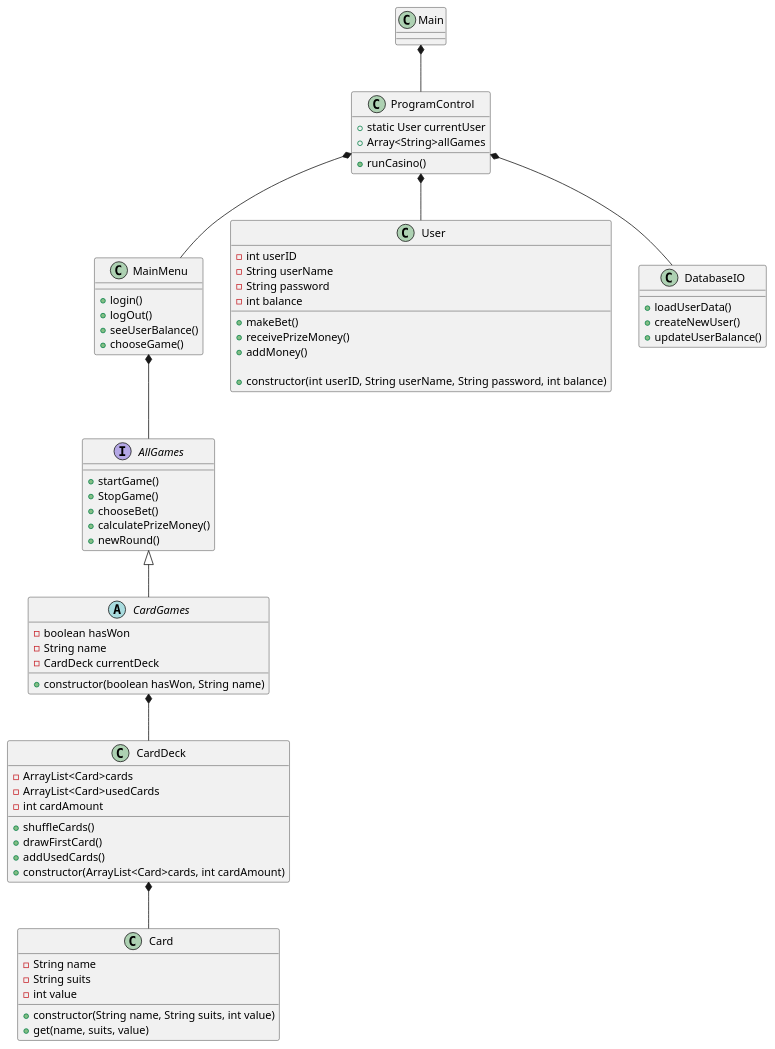
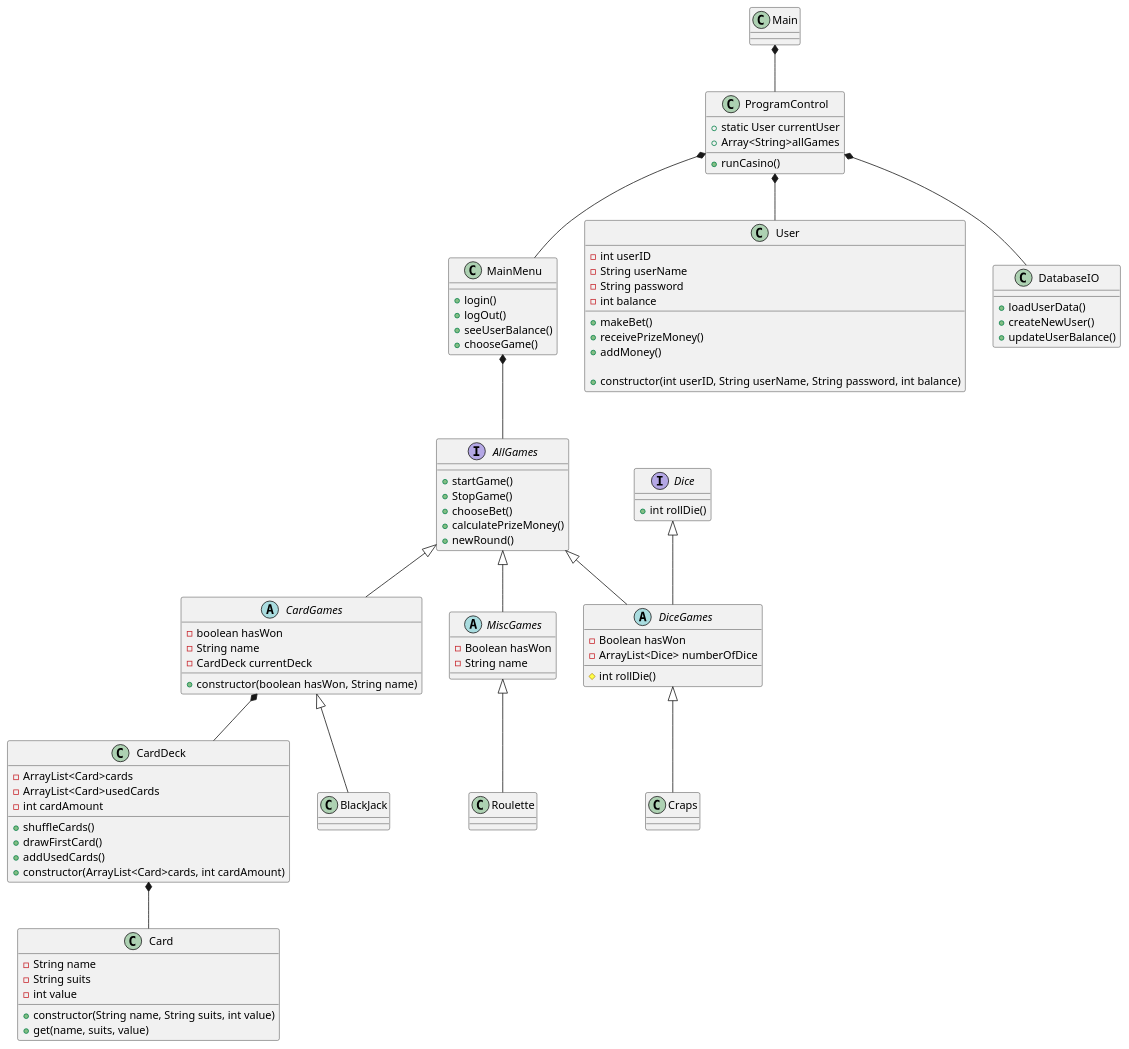
Before and after one commit to MrJustMeDahl/ICE-casino: the diagram in Design UML/ClassDiagram.puml, drawn with PlantUML. The commit also changed 1 other file, not shown here.

```diff
--- a/Design UML/ClassDiagram.puml
+++ b/Design UML/ClassDiagram.puml
@@ -1,97 +1,136 @@
 @startuml
 
 Main *-- ProgramControl
 ProgramControl *-- MainMenu
 ProgramControl *-- User
 ProgramControl *-- DatabaseIO
 MainMenu *-- AllGames
 AllGames <|-- CardGames
 CardGames *-- CardDeck
 CardDeck *-- Card
+AllGames <|-- DiceGames
+Dice <|-- DiceGames
+AllGames <|-- MiscGames
+DiceGames <|-- Craps
+MiscGames <|-- Roulette
+CardGames <|-- BlackJack
 
 class Main
 class User{
 
 - int userID
 - String userName
 - String password
 - int balance
 
 + makeBet()
 + receivePrizeMoney()
 + addMoney()
 
 + constructor(int userID, String userName, String password, int balance)
 
 }
 class MainMenu{
 
 + login()
 + logOut()
 + seeUserBalance()
 + chooseGame()
 
 }
 class ProgramControl{
 
 + static User currentUser
 + Array<String>allGames
 + runCasino()
 
 
 
 }
 
 interface AllGames{
 
 + startGame()
 + StopGame()
 + chooseBet()
 + calculatePrizeMoney()
 + newRound()
 
 }
 
 Abstract class CardGames{
 
 - boolean hasWon
 - String name
 - CardDeck currentDeck
 + constructor(boolean hasWon, String name)
 
 }
 
 class CardDeck{
 
 - ArrayList<Card>cards
 - ArrayList<Card>usedCards
 - int cardAmount
 
 + shuffleCards()
 + drawFirstCard()
 + addUsedCards()
 + constructor(ArrayList<Card>cards, int cardAmount)
 
 }
 
 class Card{
 
 - String name
 - String suits
 - int value
 
 + constructor(String name, String suits, int value)
 + get(name, suits, value)
 
 }
 
+interface Dice{
++ int rollDie()
+
+}
+
+Abstract Class DiceGames{
+- Boolean hasWon
+- ArrayList<Dice> numberOfDice
+# int rollDie()
+
+}
+
+Class Craps{
+
+
+}
+
+Class Roulette{
+
+
+}
+
+Class BlackJack{
+
+
+}
+
+Abstract Class MiscGames{
+- Boolean hasWon
+- String name
+
+}
+
 class DatabaseIO{
 
 + loadUserData()
 + createNewUser()
 + updateUserBalance()
 
 }
 
 
 @enduml
```
